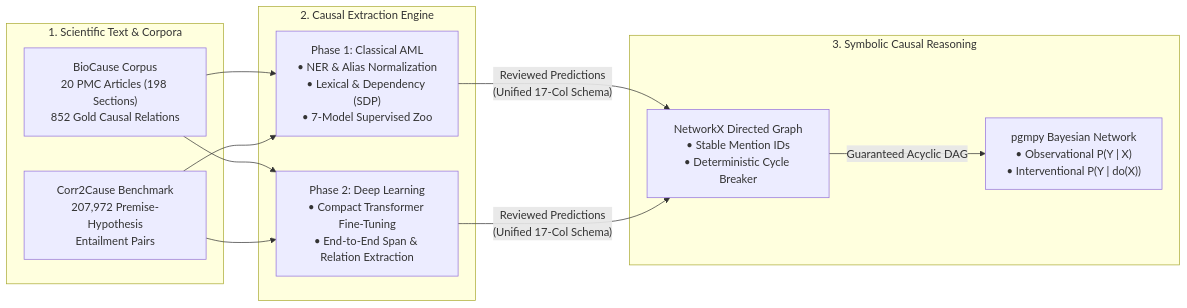
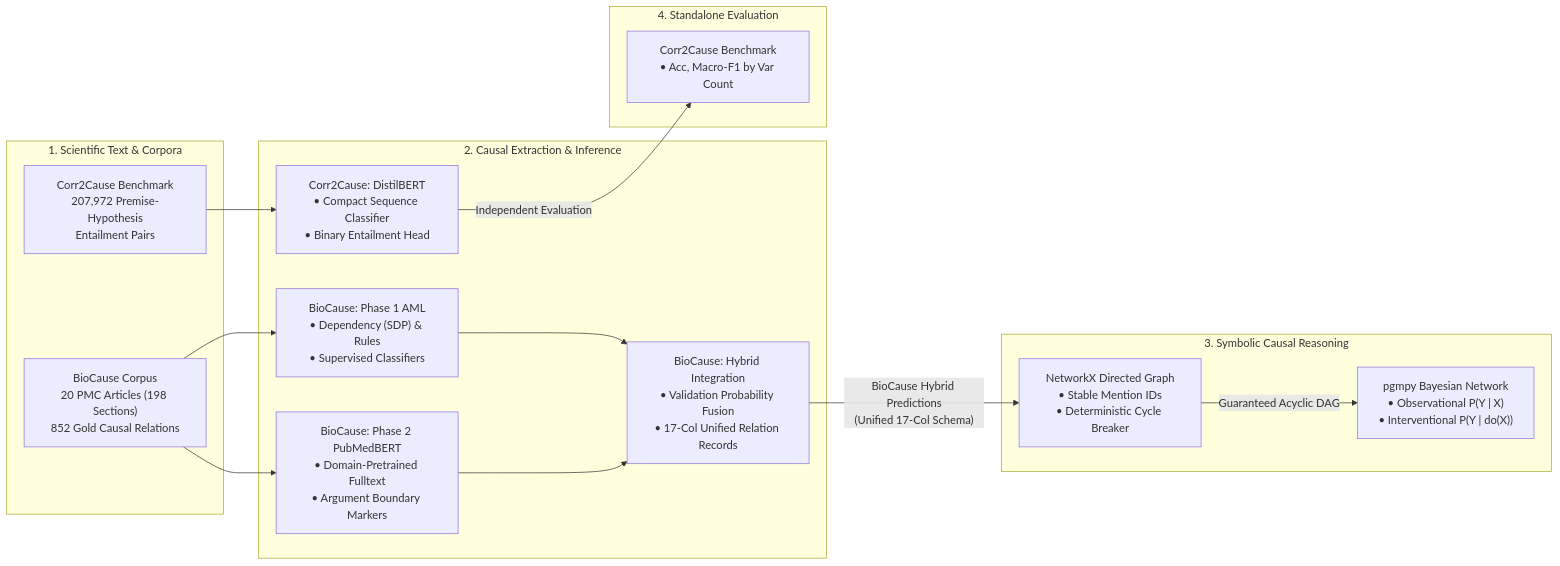
Before and after one commit to alpha-sml/causal-nlp-reasoning: the diagram in README.md, drawn with Mermaid. The commit also changed other lines of this file and 14 other files, not shown here.

First line of the commit message:
chore(dl): establish Phase 2 deep learning pipeline setup

````diff
--- a/README.md
+++ b/README.md
@@ -11,21 +11,30 @@
 ```mermaid
 flowchart LR
     subgraph Data["1. Scientific Text & Corpora"]
         T1["BioCause Corpus<br/>20 PMC Articles (198 Sections)<br/>852 Gold Causal Relations"]
         T2["Corr2Cause Benchmark<br/>207,972 Premise-Hypothesis<br/>Entailment Pairs"]
     end
 
-    subgraph Extract["2. Causal Extraction Engine"]
-        E1["Phase 1: Classical AML<br/>• NER & Alias Normalization<br/>• Lexical & Dependency (SDP)<br/>• 7-Model Supervised Zoo"]
-        E2["Phase 2: Deep Learning<br/>• Compact Transformer Fine-Tuning<br/>• End-to-End Span & Relation Extraction"]
+    subgraph Extract["2. Causal Extraction & Inference"]
+        E1["BioCause: Phase 1 AML<br/>• Dependency (SDP) & Rules<br/>• Supervised Classifiers"]
+        E2["BioCause: Phase 2 PubMedBERT<br/>• Domain-Pretrained Fulltext<br/>• Argument Boundary Markers"]
+        H1["BioCause: Hybrid Integration<br/>• Validation Probability Fusion<br/>• 17-Col Unified Relation Records"]
+        C2C["Corr2Cause: DistilBERT<br/>• Compact Sequence Classifier<br/>• Binary Entailment Head"]
     end
 
     subgraph Symbolic["3. Symbolic Causal Reasoning"]
         G1["NetworkX Directed Graph<br/>• Stable Mention IDs<br/>• Deterministic Cycle Breaker"]
         G2["pgmpy Bayesian Network<br/>• Observational P(Y | X)<br/>• Interventional P(Y | do(X))"]
     end
 
-    T1 & T2 --> E1 & E2
-    E1 & E2 -->|"Reviewed Predictions<br/>(Unified 17-Col Schema)"| G1
+    subgraph Eval["4. Standalone Evaluation"]
+        EV1["Corr2Cause Benchmark<br/>• Acc, Macro-F1 by Var Count"]
+    end
+
+    T1 --> E1 & E2
+    E1 & E2 --> H1
+    H1 -->|"BioCause Hybrid Predictions<br/>(Unified 17-Col Schema)"| G1
     G1 -->|"Guaranteed Acyclic DAG"| G2
+    T2 --> C2C
+    C2C -->|"Independent Evaluation"| EV1
 ```
````
